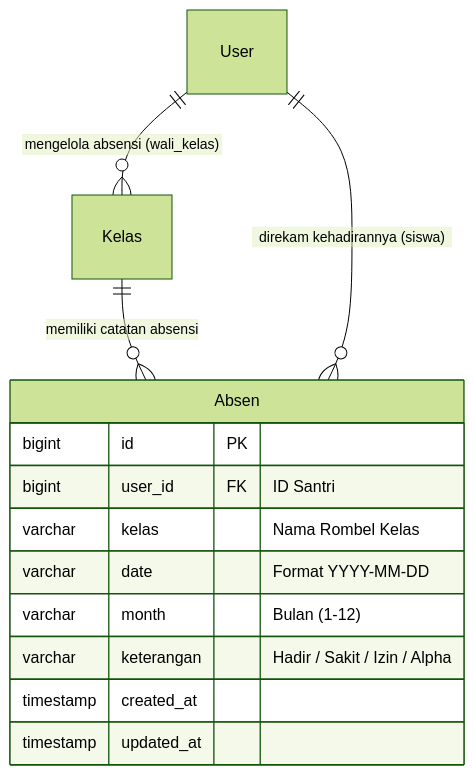
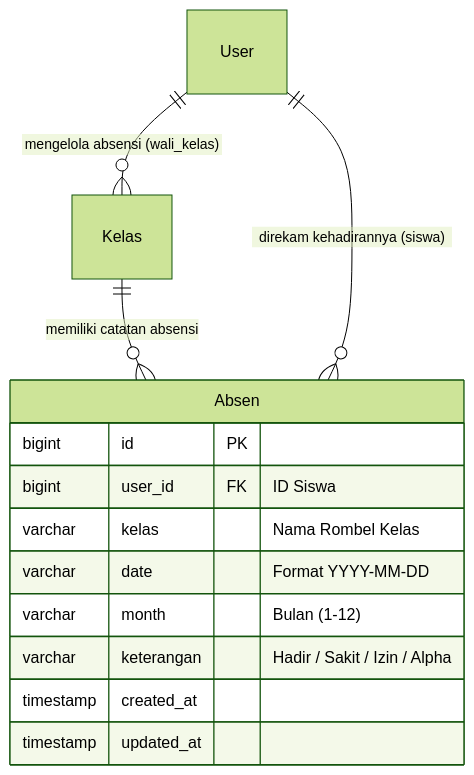
Before and after one commit to Rianpedia-dev/student-apps: the first of 2 diagrams in docs/workflows/workflow-absensi.md, drawn with Mermaid (forest theme). The commit also changed other lines of this file and 47 other files, not shown here.

````diff
--- a/docs/workflows/workflow-absensi.md
+++ b/docs/workflows/workflow-absensi.md
@@ -25,17 +25,17 @@
 ```mermaid
 erDiagram
     Kelas ||--o{ Absen : "memiliki catatan absensi"
     User ||--o{ Absen : "direkam kehadirannya (siswa)"
     User ||--o{ Kelas : "mengelola absensi (wali_kelas)"
     
     Absen {
         bigint id PK
-        bigint user_id FK "ID Santri"
+        bigint user_id FK "ID Siswa"
         varchar kelas "Nama Rombel Kelas"
         varchar date "Format YYYY-MM-DD"
         varchar month "Bulan (1-12)"
         varchar keterangan "Hadir / Sakit / Izin / Alpha"
         timestamp created_at
         timestamp updated_at
     }
 ```
````
